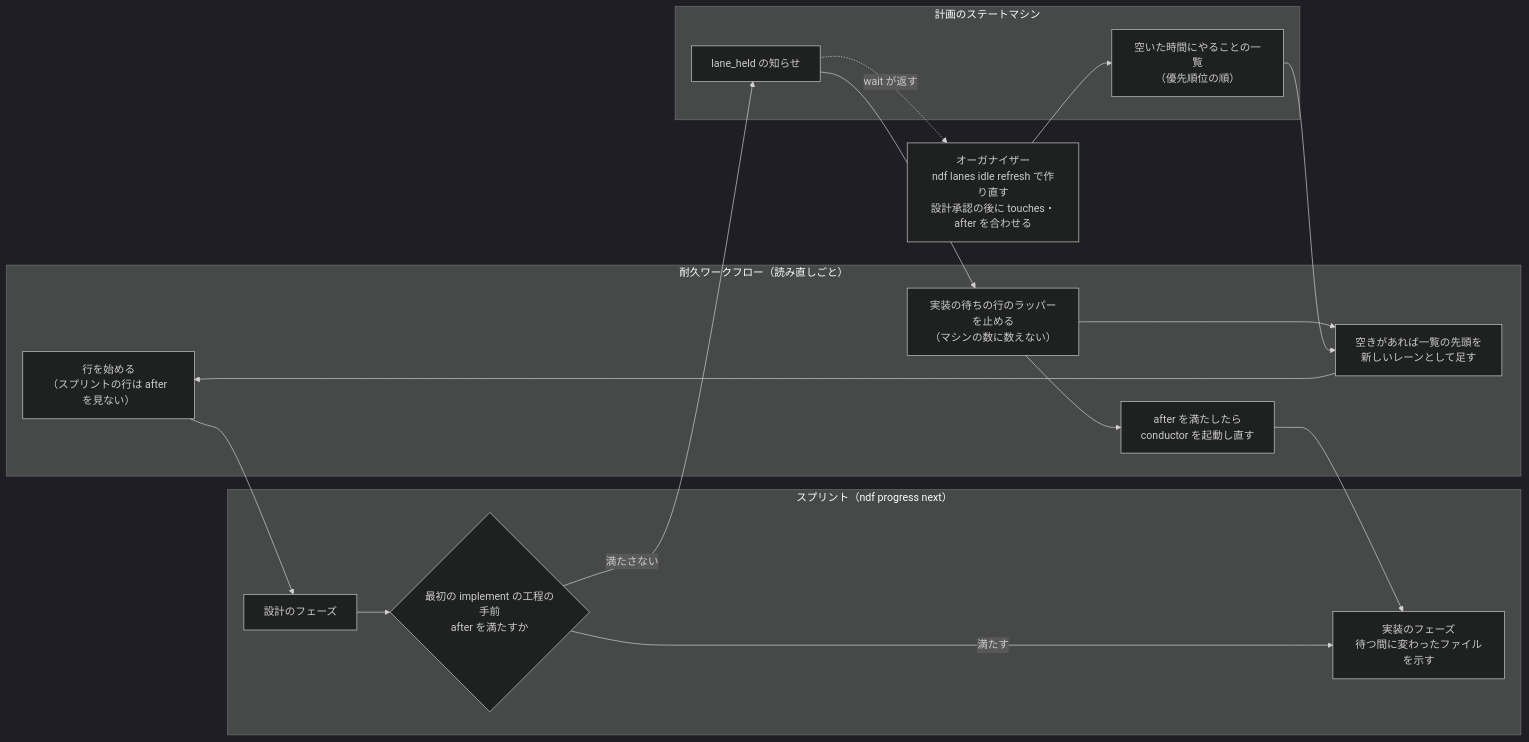
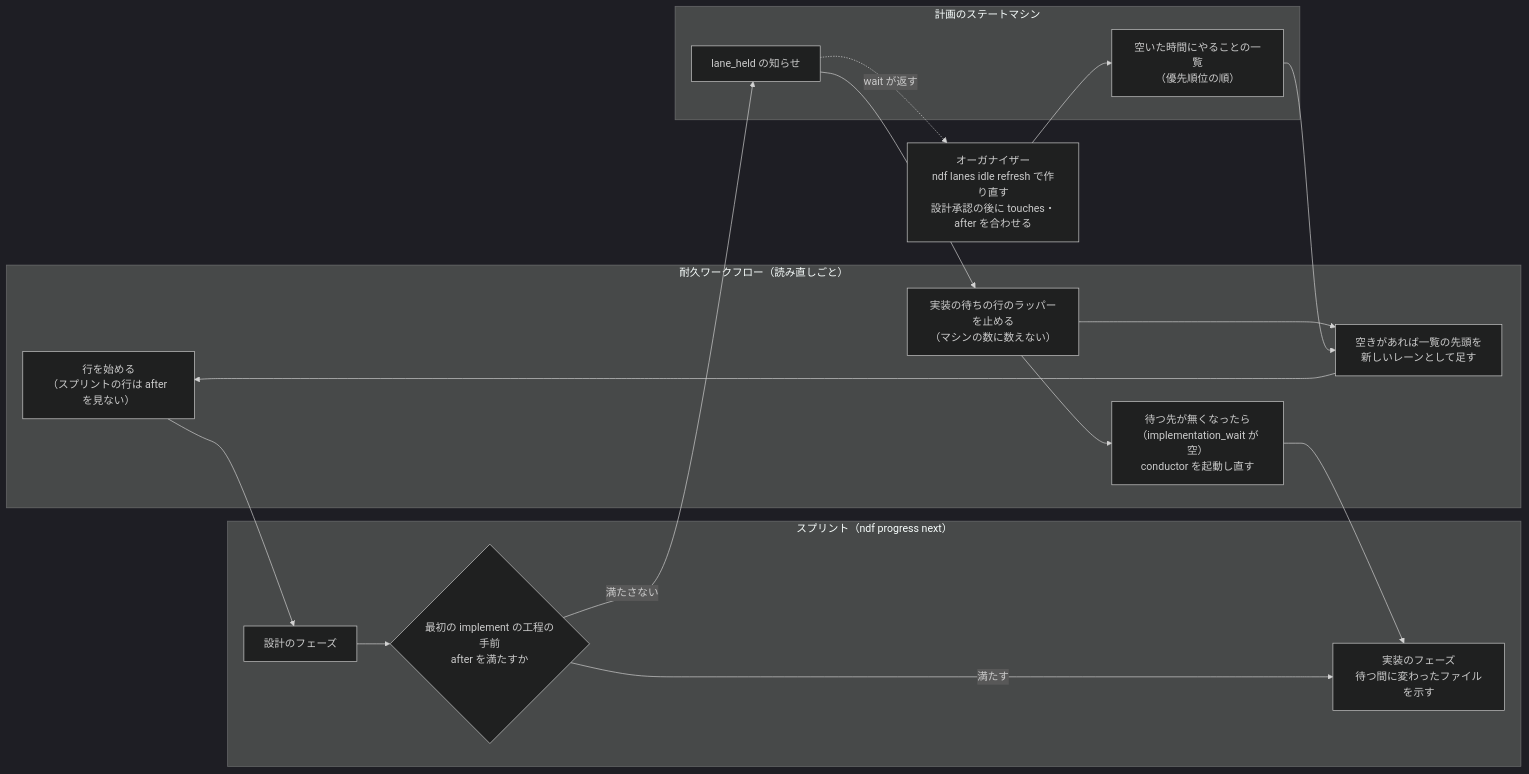
One commit to devbasex/ai-plugins changed the second of 3 diagrams in issues/issue-4050-design.md. Above: the diagram before and after it, drawn with Mermaid (dark theme). The commit also changed other lines of this file and 1 other file, not shown here.

First line of the commit message:
Docs: #4050 の設計を cross-review の r2 の指摘で直す（席の返却の記録・起動し直しの条件・Git を読む時点・wait の Env）

````diff
--- a/issues/issue-4050-design.md
+++ b/issues/issue-4050-design.md
@@ -56,25 +56,25 @@
 ```mermaid
 flowchart LR
   subgraph WF["耐久ワークフロー（読み直しごと）"]
     ST["行を始める<br>（スプリントの行は after を見ない）"]
     HL["実装の待ちの行のラッパーを止める<br>（マシンの数に数えない）"]
-    RL["after を満たしたら<br>conductor を起動し直す"]
+    RL["待つ先が無くなったら<br>（implementation_wait が空）<br>conductor を起動し直す"]
     AS["空きがあれば一覧の先頭を<br>新しいレーンとして足す"]
   end
   subgraph S["スプリント（ndf progress next）"]
     D["設計のフェーズ"]
     H{"最初の implement の工程の手前<br>after を満たすか"}
     I["実装のフェーズ<br>待つ間に変わったファイルを示す"]
   end
   subgraph P["計画のステートマシン"]
     Q["空いた時間にやることの一覧<br>（優先順位の順）"]
     N["lane_held の知らせ"]
   end
   O["オーガナイザー<br>ndf lanes idle refresh で作り直す<br>設計承認の後に touches・after を合わせる"]
   ST --> D --> H
   H -- "満たす" --> I
   H -- "満たさない" --> N --> HL --> AS
   HL --> RL --> I
   O --> Q --> AS --> ST
   N -. "wait が返す" .-> O
 ```
````
